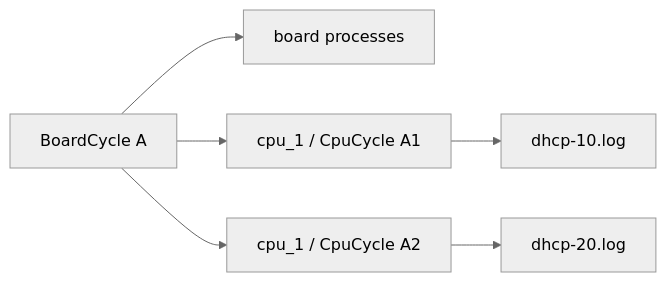
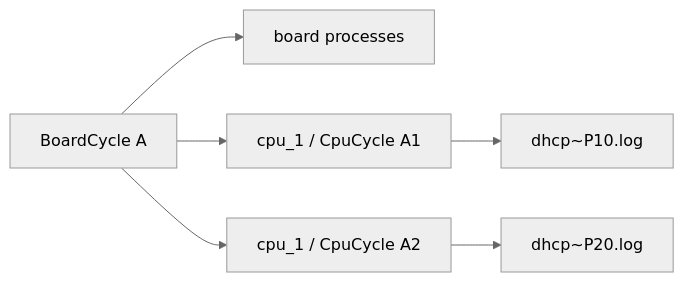
One commit to superdong1992/logparse changed the second of 2 diagrams in docs/lifecycle-split-logic.md. Above: the diagram before and after it, drawn with Mermaid (neutral theme). The commit also changed other lines of this file and 37 other files, not shown here.

````diff
--- a/docs/lifecycle-split-logic.md
+++ b/docs/lifecycle-split-logic.md
@@ -92,8 +92,8 @@
 ```mermaid
 flowchart LR
     B["BoardCycle A"] --> BP["board processes"]
     B --> C1["cpu_1 / CpuCycle A1"]
     B --> C2["cpu_1 / CpuCycle A2"]
-    C1 --> P1["dhcp-10.log"]
-    C2 --> P2["dhcp-20.log"]
+    C1 --> P1["dhcp~P10.log"]
+    C2 --> P2["dhcp~P20.log"]
 ```
````
